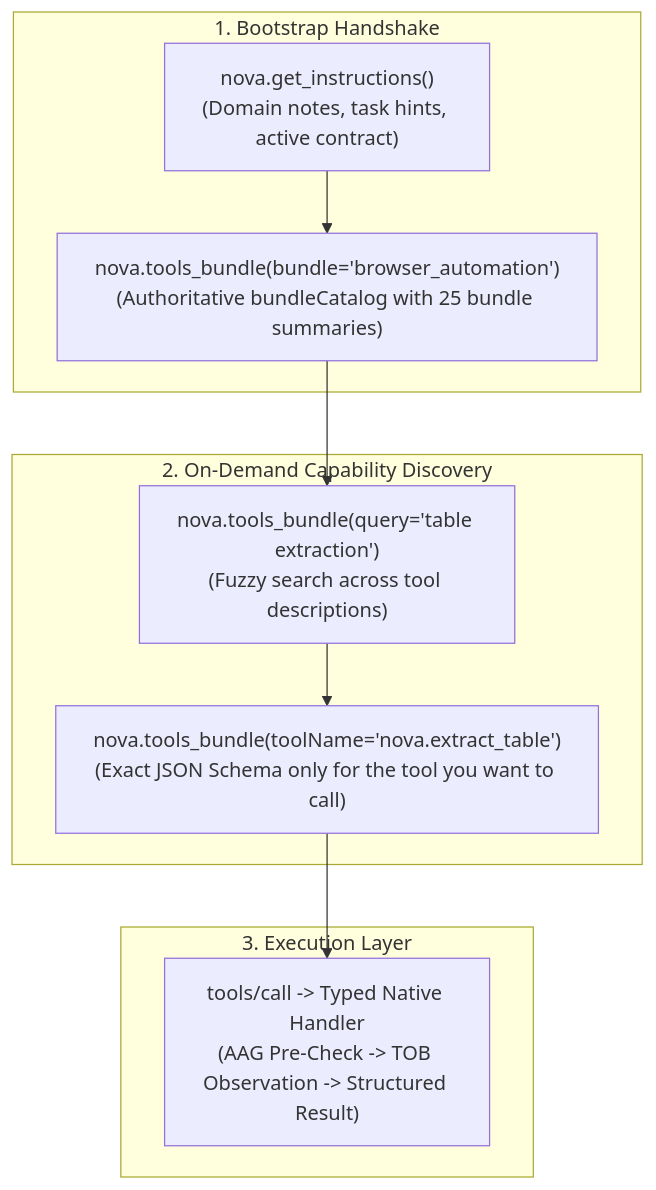
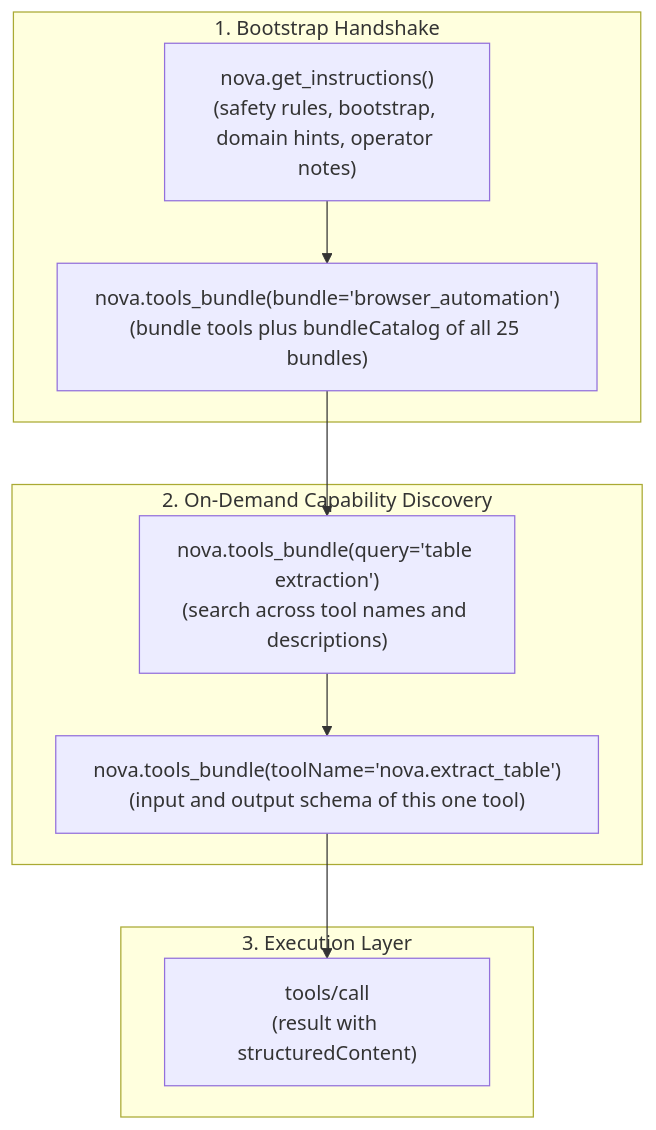
The diagram in docs/mcp-reference/README.md (joelaniol/nova), drawn with Mermaid before and after one commit. The commit also changed other lines of this file and 495 other files, not shown here.

````diff
--- a/docs/mcp-reference/README.md
+++ b/docs/mcp-reference/README.md
@@ -11,21 +11,21 @@
 ```mermaid
 flowchart TD
     subgraph Bootstrap["1. Bootstrap Handshake"]
-        GI["nova.get_instructions()<br>(Domain notes, task hints, active contract)"]
-        TB["nova.tools_bundle(bundle='browser_automation')<br>(Authoritative bundleCatalog with 25 bundle summaries)"]
+        GI["nova.get_instructions()<br>(safety rules, bootstrap, domain hints, operator notes)"]
+        TB["nova.tools_bundle(bundle='browser_automation')<br>(bundle tools plus bundleCatalog of all 25 bundles)"]
     end
 
     subgraph Discovery["2. On-Demand Capability Discovery"]
-        Query["nova.tools_bundle(query='table extraction')<br>(Fuzzy search across tool descriptions)"]
-        Exact["nova.tools_bundle(toolName='nova.extract_table')<br>(Exact JSON Schema only for the tool you want to call)"]
+        Query["nova.tools_bundle(query='table extraction')<br>(search across tool names and descriptions)"]
+        Exact["nova.tools_bundle(toolName='nova.extract_table')<br>(input and output schema of this one tool)"]
     end
 
     subgraph Execution["3. Execution Layer"]
-        Call["tools/call -> Typed Native Handler<br>(AAG Pre-Check -> TOB Observation -> Structured Result)"]
+        Call["tools/call<br>(result with structuredContent)"]
     end
 
     GI --> TB
     TB --> Query
     Query --> Exact
     Exact --> Call
 ```
````
